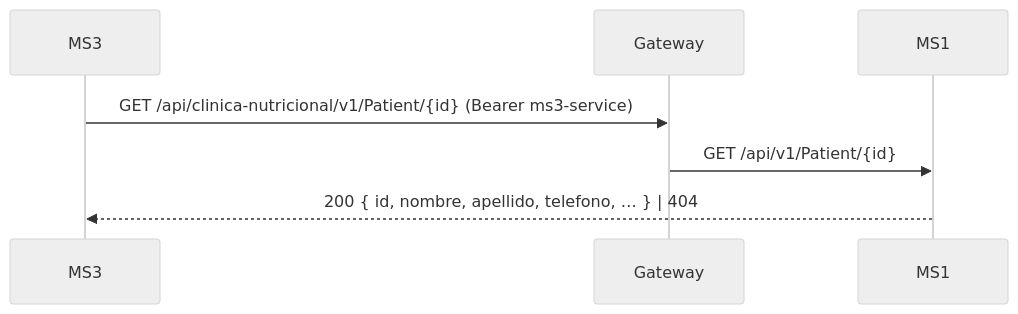
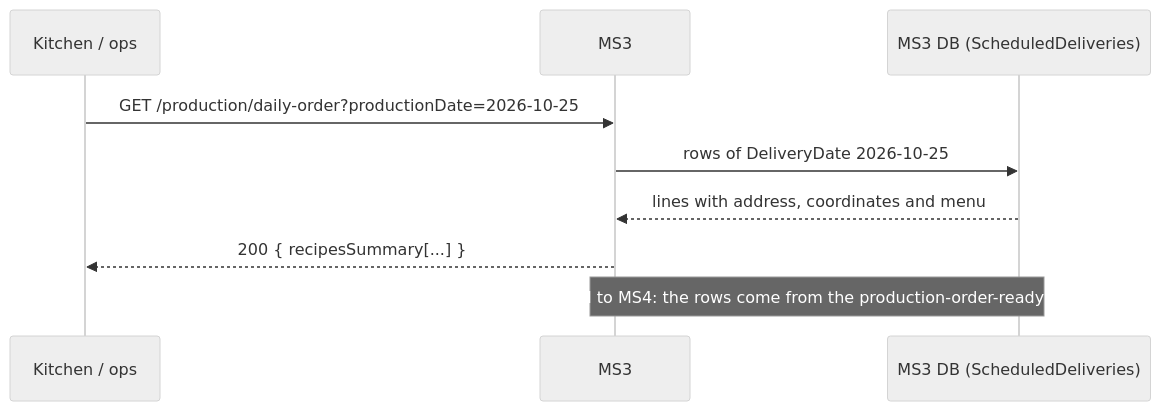
Before and after one commit to Nur-tricenter/knowledge: the diagram in services/ms3-contracting/integrations.md, drawn with Mermaid (neutral theme). The commit also changed other lines of this file and 43 other files, not shown here.

````diff
--- a/services/ms3-contracting/integrations.md
+++ b/services/ms3-contracting/integrations.md
@@ -69,9 +26,11 @@
 ```mermaid
 sequenceDiagram
-  participant M3 as MS3
-  participant G as Gateway
-  participant M1 as MS1
-  M3->>G: GET /api/clinica-nutricional/v1/Patient/{id} (Bearer ms3-service)
-  G->>M1: GET /api/v1/Patient/{id}
-  M1-->>M3: 200 { id, nombre, apellido, telefono, … } | 404
+  participant K as Kitchen / ops
+  participant MS3
+  participant DB as MS3 DB (ScheduledDeliveries)
+  K->>MS3: GET /production/daily-order?productionDate=2026-10-25
+  MS3->>DB: rows of DeliveryDate 2026-10-25
+  DB-->>MS3: lines with address, coordinates and menu
+  MS3-->>K: 200 { recipesSummary[...] }
+  Note over MS3,DB: no call to MS4: the rows come from the production-order-ready event
 ```
````
